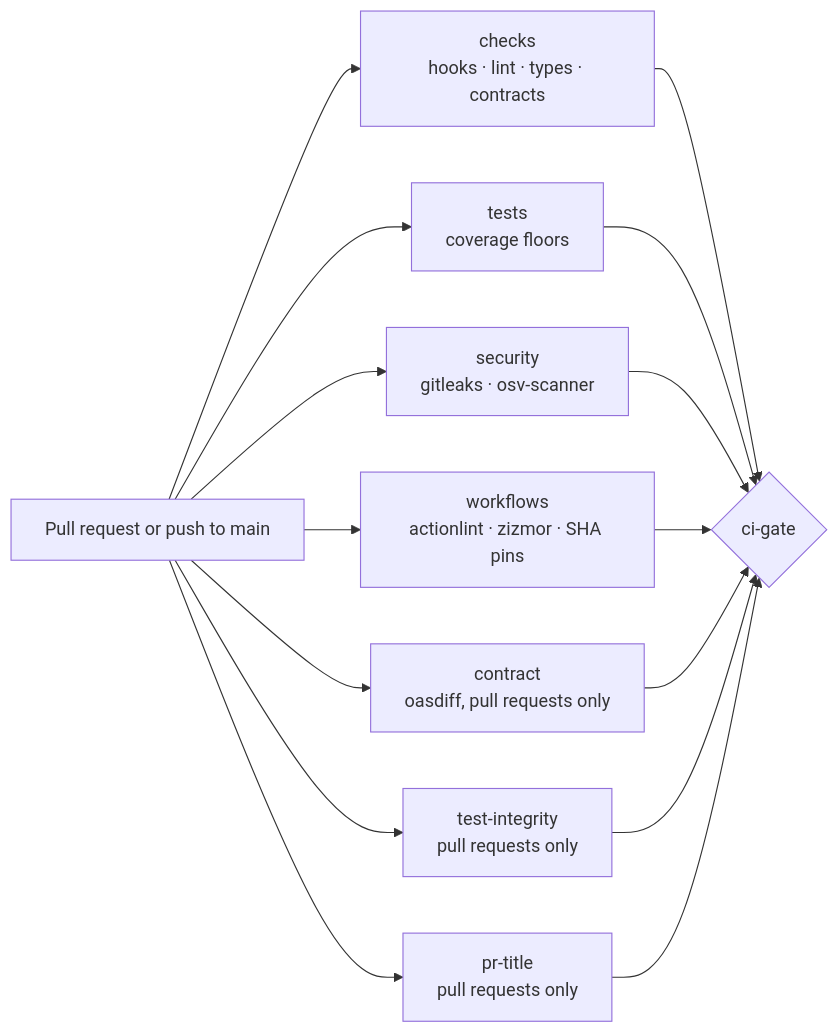
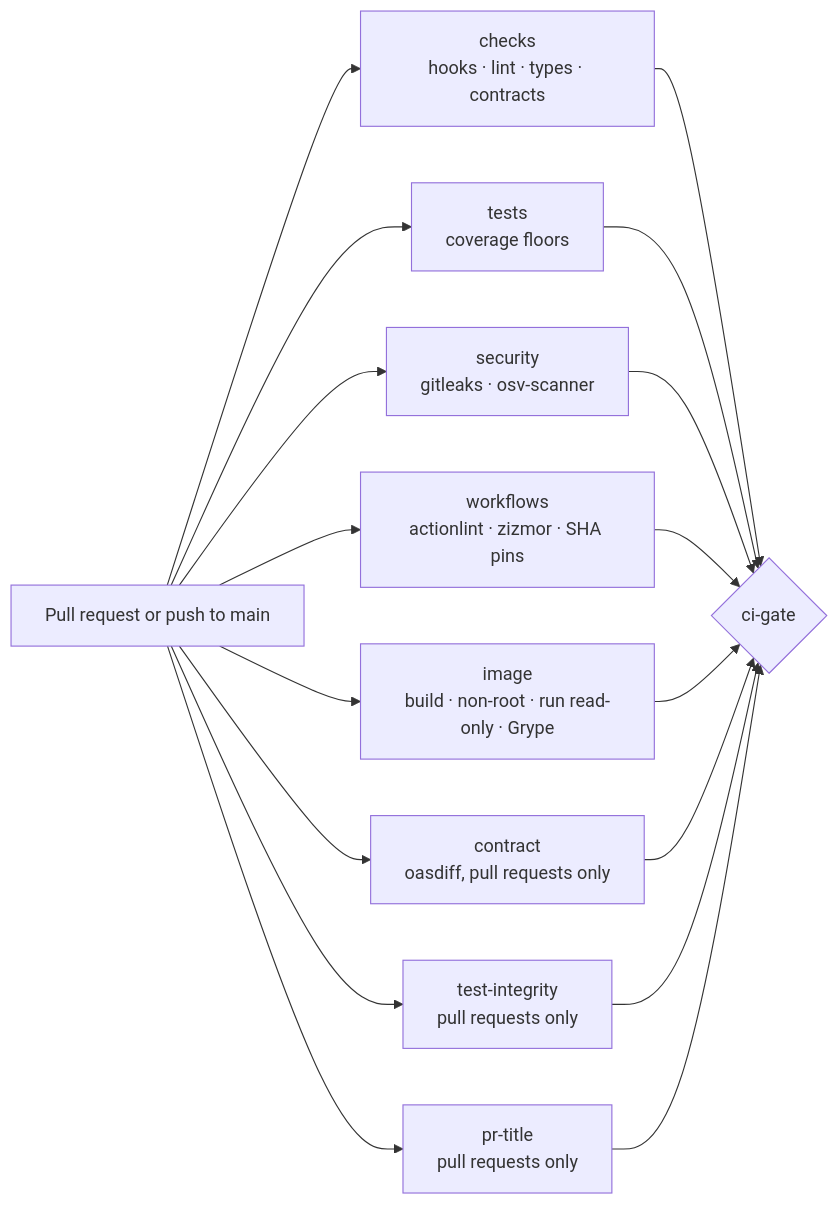
The third of 3 diagrams in docs/features/platform-skeleton/design.md (Tzvi1234/htco-platform), drawn with Mermaid before and after one commit. The commit also changed other lines of this file and 8 other files, not shown here.

````diff
--- a/docs/features/platform-skeleton/design.md
+++ b/docs/features/platform-skeleton/design.md
@@ -94,11 +104,12 @@
 ```mermaid
 flowchart LR
   pr[Pull request or push to main] --> checks[checks<br/>hooks · lint · types · contracts]
   pr --> tests[tests<br/>coverage floors]
   pr --> security[security<br/>gitleaks · osv-scanner]
   pr --> workflows[workflows<br/>actionlint · zizmor · SHA pins]
+  pr --> image[image<br/>build · non-root · run read-only · Grype]
   pr --> contract[contract<br/>oasdiff, pull requests only]
   pr --> integrity[test-integrity<br/>pull requests only]
   pr --> title[pr-title<br/>pull requests only]
-  checks & tests & security & workflows & contract & integrity & title --> gate{ci-gate}
+  checks & tests & security & workflows & image & contract & integrity & title --> gate{ci-gate}
 ```
````
